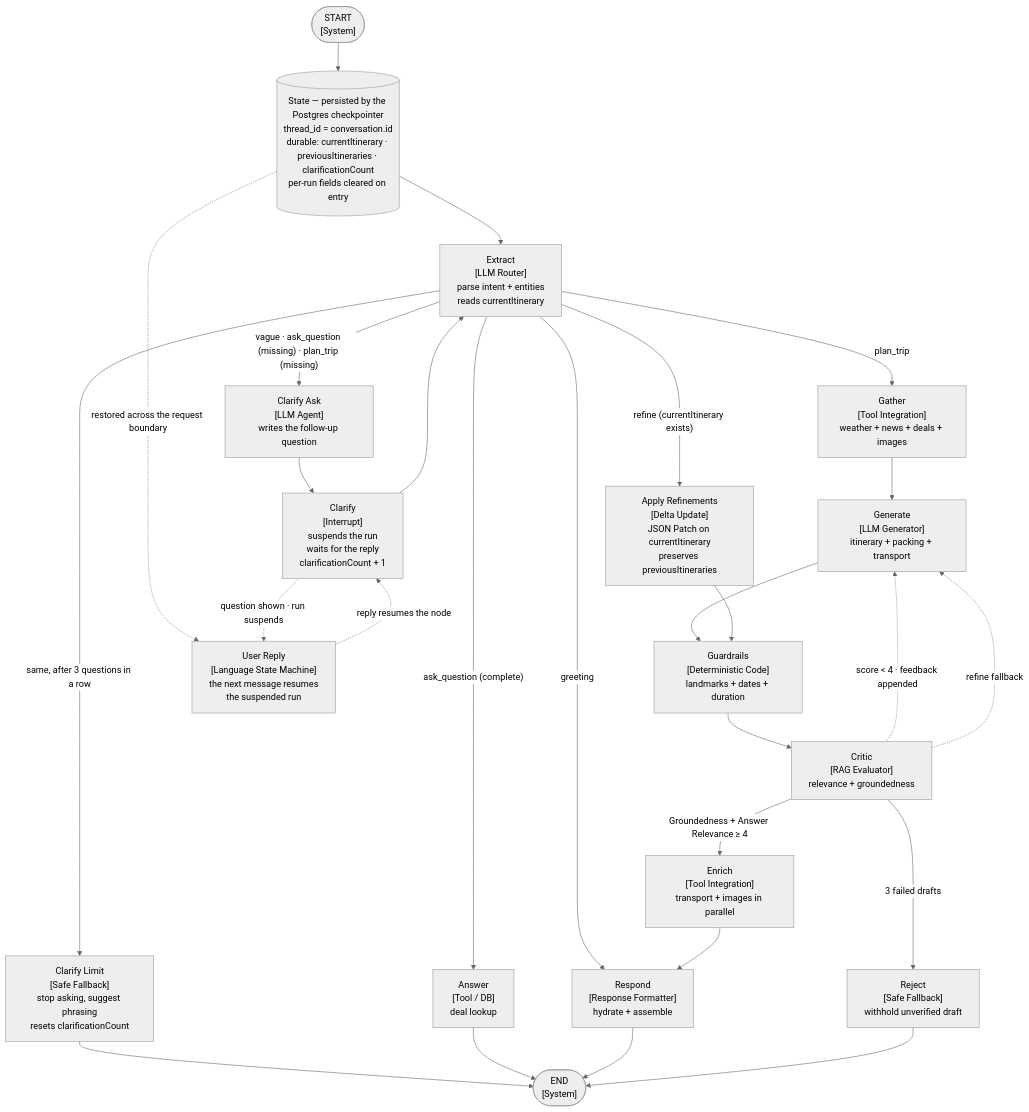
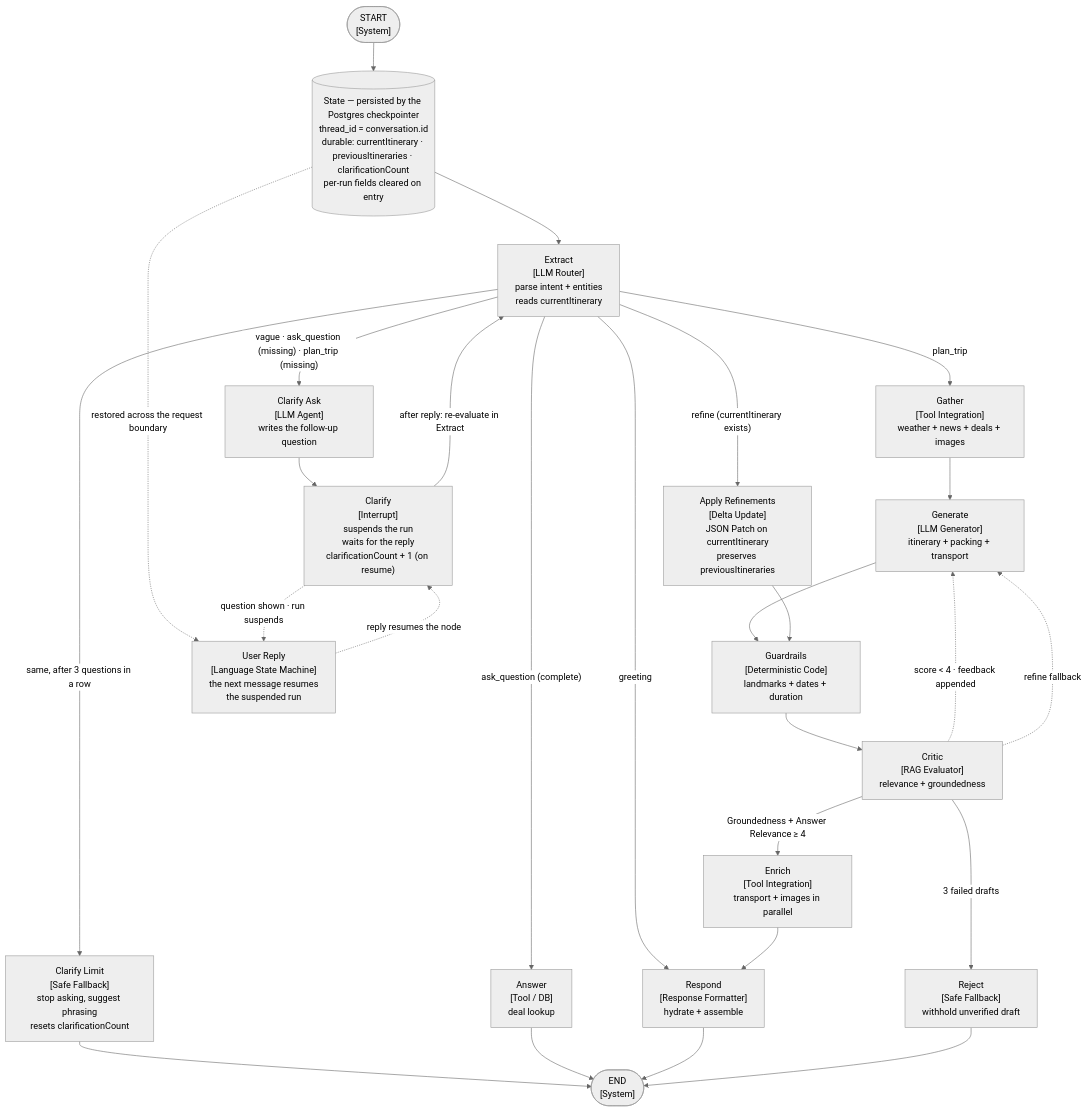
Before and after one commit to hadileonard08/jalan: the diagram in README.md, drawn with Mermaid (neutral theme). The commit also changed 1 other file, not shown here.

Commit message:
README: clarify the reply path back to Extract.
Label the re-evaluation edge and count increment on resume. Enforce diagram label checks in the render test.

Generated with [Devin](https://devin.ai)

````diff
--- a/README.md
+++ b/README.md
@@ -66,69 +66,69 @@
 ```mermaid
 flowchart TD
     START(["START<br/>[System]"])
     END(["END<br/>[System]"])
 
     state[("State — persisted by the Postgres checkpointer<br/>thread_id = conversation.id<br/>durable: currentItinerary · previousItineraries · clarificationCount<br/>per-run fields cleared on entry")]
     extract["Extract<br/>[LLM Router]<br/>parse intent + entities<br/>reads currentItinerary"]
     clarifyAsk["Clarify Ask<br/>[LLM Agent]<br/>writes the follow-up question"]
-    clarify["Clarify<br/>[Interrupt]<br/>suspends the run<br/>waits for the reply<br/>clarificationCount + 1"]
+    clarify["Clarify<br/>[Interrupt]<br/>suspends the run<br/>waits for the reply<br/>clarificationCount + 1 (on resume)"]
     clarifyLimit["Clarify Limit<br/>[Safe Fallback]<br/>stop asking, suggest phrasing<br/>resets clarificationCount"]
     gather["Gather<br/>[Tool Integration]<br/>weather + news + deals + images"]
     generate["Generate<br/>[LLM Generator]<br/>itinerary + packing + transport"]
     applyRefinements["Apply Refinements<br/>[Delta Update]<br/>JSON Patch on currentItinerary<br/>preserves previousItineraries"]
     guardrails["Guardrails<br/>[Deterministic Code]<br/>landmarks + dates + duration"]
     critic["Critic<br/>[RAG Evaluator]<br/>relevance + groundedness"]
     enrich["Enrich<br/>[Tool Integration]<br/>transport + images in parallel"]
     answer["Answer<br/>[Tool / DB]<br/>deal lookup"]
     respond["Respond<br/>[Response Formatter]<br/>hydrate + assemble"]
     reject["Reject<br/>[Safe Fallback]<br/>withhold unverified draft"]
     userReply["User Reply<br/>[Language State Machine]<br/>the next message resumes<br/>the suspended run"]
 
     %% Entry — the thread's state is restored before Extract runs
     START --> state
     state --> extract
 
     %% Persistence: the checkpointer saves state after every step (when one is
     %% configured), so a suspended run continues on the next request.
     state -.->|"restored across the request boundary"| userReply
 
     %% Extract routing — consolidated labels to avoid overlap
     extract -->|"greeting"| respond
     extract -->|"vague · ask_question (missing) · plan_trip (missing)"| clarifyAsk
     extract -->|"same, after 3 questions in a row"| clarifyLimit
     extract -->|"ask_question (complete)"| answer
     extract -->|"plan_trip"| gather
     extract -->|"refine (currentItinerary exists)"| applyRefinements
 
     %% Direct answers and the loop-guard fallback are final responses
     clarifyLimit --> END
     answer --> END
 
     %% The clarification loop, entirely inside the graph: Clarify Ask writes the
     %% question, Clarify suspends the run with interrupt(), and the user's reply
     %% resumes it straight back into Extract — up to MAX_CLARIFICATIONS = 3 in a
     %% row, after which the router diverts to Clarify Limit.
     clarifyAsk --> clarify
-    clarify --> extract
+    clarify -->|"after reply: re-evaluate in Extract"| extract
     clarify -.->|"question shown · run suspends"| userReply
     userReply -.->|"reply resumes the node"| clarify
 
     %% Main pipeline — Gather clears the clarification streak
     gather --> generate
     generate --> guardrails
     applyRefinements --> guardrails
     guardrails --> critic
 
     %% Critic routing — approval goes to enrichment; rejection loops back to generation
     critic -->|"Groundedness + Answer Relevance ≥ 4"| enrich
     critic -.->|"score < 4 · feedback appended"| generate
     critic -.->|"refine fallback"| generate
     critic -->|"3 failed drafts"| reject
 
     %% Enrichment runs transport + images concurrently, then responds
     enrich --> respond
 
     %% Terminal
     respond --> END
     reject --> END
 ```
````
